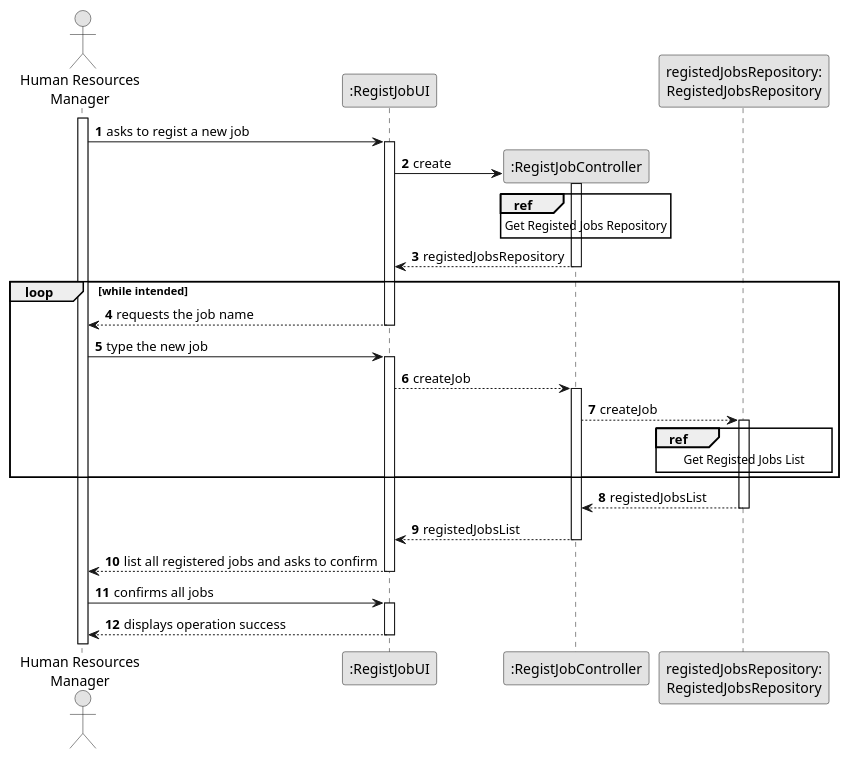
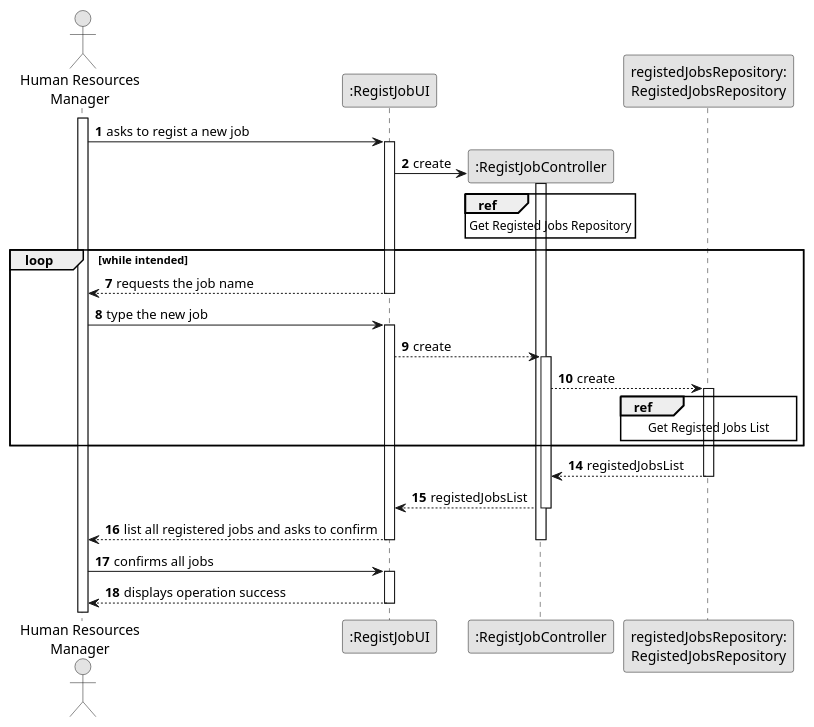
Before and after one commit to 1231360-ISEP/lei-24-s2-1db-g021: the diagram in docs/sprint2/us002/03.design/puml/us002-sequence-diagram-split.puml, drawn with PlantUML. The commit also changed 6 other files, not shown here.

```diff
--- a/docs/sprint2/us002/03.design/puml/us002-sequence-diagram-split.puml
+++ b/docs/sprint2/us002/03.design/puml/us002-sequence-diagram-split.puml
@@ -1,48 +1,49 @@
 @startuml
 skinparam monochrome true
 skinparam packageStyle rectangle
 skinparam shadowing false
 
 actor "Human Resources\nManager" as HRM
 participant ":RegistJobUI" as UI
 participant ":RegistJobController" as CTRL
 participant "registedJobsRepository:\nRegistedJobsRepository" as RegistedJobsRepository
 
 autonumber 1
 
 activate HRM
     HRM -> UI : asks to regist a new job
     activate UI
         UI -> CTRL** : create
         activate CTRL
         ref over CTRL
             Get Registed Jobs Repository
         end ref
-        UI <-- CTRL : registedJobsRepository
-        deactivate CTRL
+
     loop while intended
+            autonumber 7
             UI --> HRM : requests the job name
         deactivate UI
         HRM -> UI : type the new job
         activate UI
-            UI --> CTRL: createJob
+            UI --> CTRL: create
         activate CTRL
-            CTRL --> RegistedJobsRepository : createJob
+            CTRL --> RegistedJobsRepository : create
             activate RegistedJobsRepository
+            autonumber 14
             ref over RegistedJobsRepository
                 Get Registed Jobs List
             end ref
     end
                 RegistedJobsRepository --> CTRL : registedJobsList
             deactivate RegistedJobsRepository
             CTRL --> UI : registedJobsList
         deactivate CTRL
         UI --> HRM : list all registered jobs and asks to confirm
             deactivate CTRL
         deactivate UI
     HRM -> UI : confirms all jobs
     activate UI
     UI --> HRM : displays operation success
     deactivate UI
 
 @enduml
```
